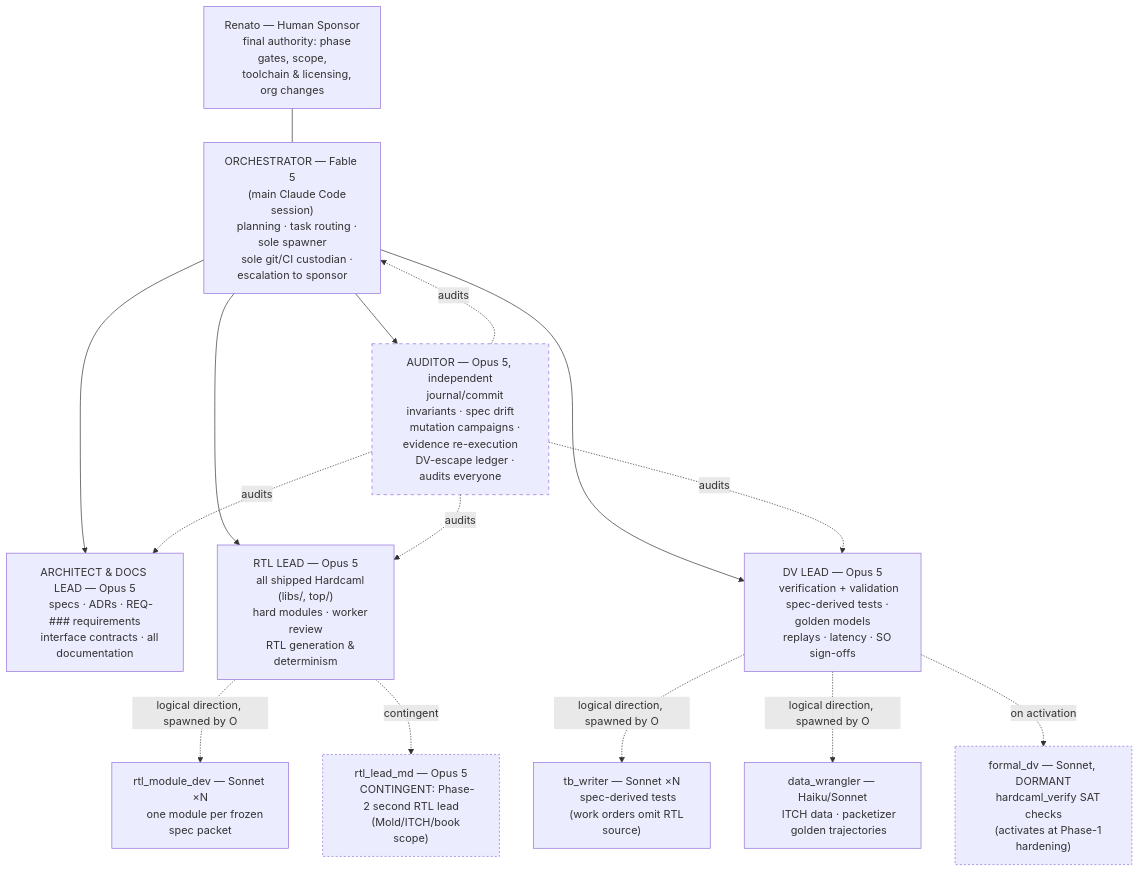
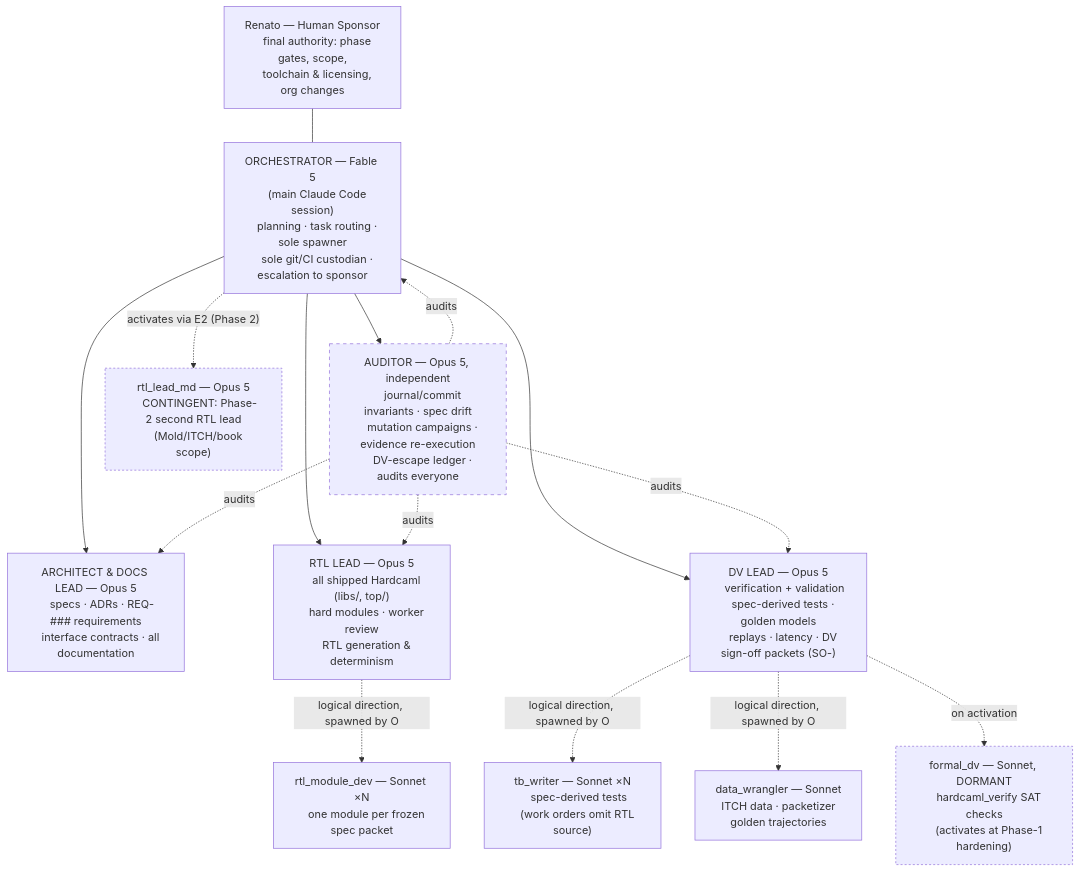
One commit to renatom11/agentic-fpga changed the diagram in ORG_CHART.md. Above: the diagram before and after it, drawn with Mermaid. The commit also changed other lines of this file and 23 other files, not shown here.

````diff
--- a/ORG_CHART.md
+++ b/ORG_CHART.md
@@ -11,68 +11,68 @@
 ```mermaid
 flowchart TD
     H["Renato — Human Sponsor
     final authority: phase gates, scope,
     toolchain & licensing, org changes"]
 
     O["ORCHESTRATOR — Fable 5
     (main Claude Code session)
     planning · task routing · sole spawner
     sole git/CI custodian · escalation to sponsor"]
 
     A["ARCHITECT & DOCS LEAD — Opus 5
     specs · ADRs · REQ-### requirements
     interface contracts · all documentation"]
 
     R["RTL LEAD — Opus 5
     all shipped Hardcaml (libs/, top/)
     hard modules · worker review
     RTL generation & determinism"]
 
     V["DV LEAD — Opus 5
     verification + validation
     spec-derived tests · golden models
-    replays · latency · SO sign-offs"]
+    replays · latency · DV sign-off packets (SO-)"]
 
     X["AUDITOR — Opus 5, independent
     journal/commit invariants · spec drift
     mutation campaigns · evidence re-execution
     DV-escape ledger · audits everyone"]
 
     RW["rtl_module_dev — Sonnet ×N
     one module per frozen spec packet"]
 
     RM["rtl_lead_md — Opus 5
     CONTINGENT: Phase-2 second RTL lead
     (Mold/ITCH/book scope)"]
 
     TW["tb_writer — Sonnet ×N
     spec-derived tests
     (work orders omit RTL source)"]
 
-    DW["data_wrangler — Haiku/Sonnet
+    DW["data_wrangler — Sonnet
     ITCH data · packetizer
     golden trajectories"]
 
     FD["formal_dv — Sonnet, DORMANT
     hardcaml_verify SAT checks
     (activates at Phase-1 hardening)"]
 
     H --- O
     O --> A
     O --> R
     O --> V
     O --> X
     R -. "logical direction, spawned by O" .-> RW
-    R -. contingent .-> RM
+    O -. "activates via E2 (Phase 2)" .-> RM
     V -. "logical direction, spawned by O" .-> TW
     V -. "logical direction, spawned by O" .-> DW
     V -. "on activation" .-> FD
     X -. audits .-> A
     X -. audits .-> R
     X -. audits .-> V
     X -. audits .-> O
 
     style X stroke-dasharray: 5 5
     style FD stroke-dasharray: 3 3
     style RM stroke-dasharray: 3 3
 ```
````
